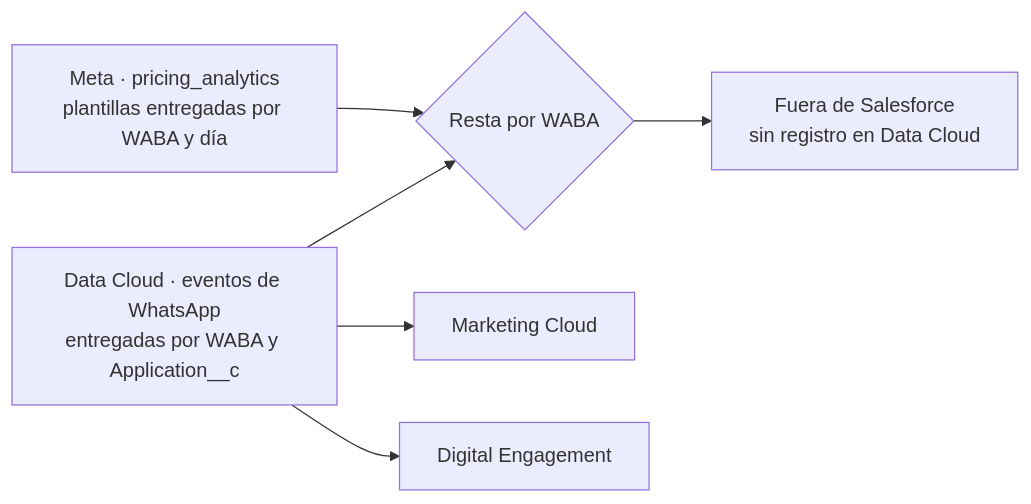
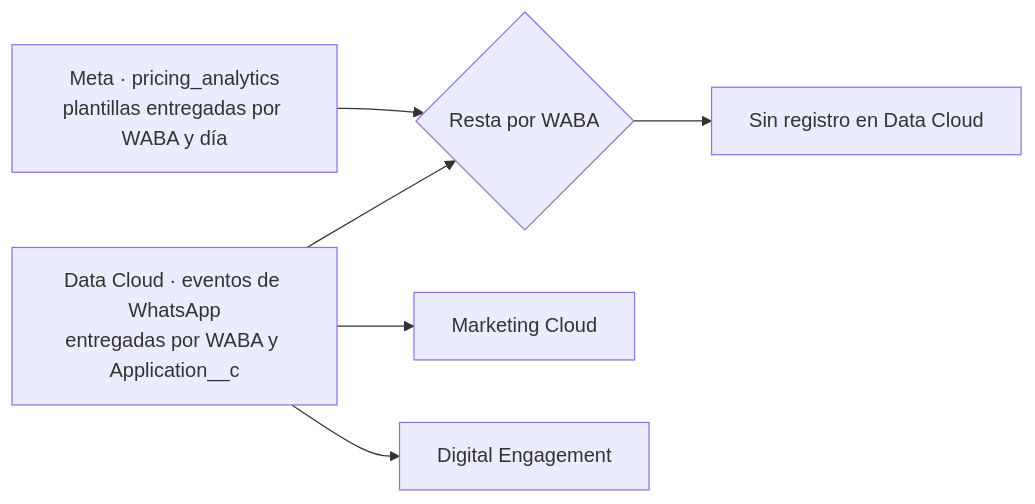
The seventh of 9 diagrams in README.md (Gonzalez8/whatsapp-template-hub), drawn with Mermaid before and after one commit. The commit also changed other lines of this file and 8 other files, not shown here.

````diff
--- a/README.md
+++ b/README.md
@@ -393,8 +393,8 @@
 ```mermaid
 flowchart LR
     M[Meta · pricing_analytics<br/>plantillas entregadas por WABA y día] --> R{Resta por WABA}
     D[Data Cloud · eventos de WhatsApp<br/>entregadas por WABA y Application__c] --> R
     D --> MC[Marketing Cloud]
     D --> DE[Digital Engagement]
-    R --> F[Fuera de Salesforce<br/>sin registro en Data Cloud]
+    R --> F[Sin registro en Data Cloud]
 ```
````
